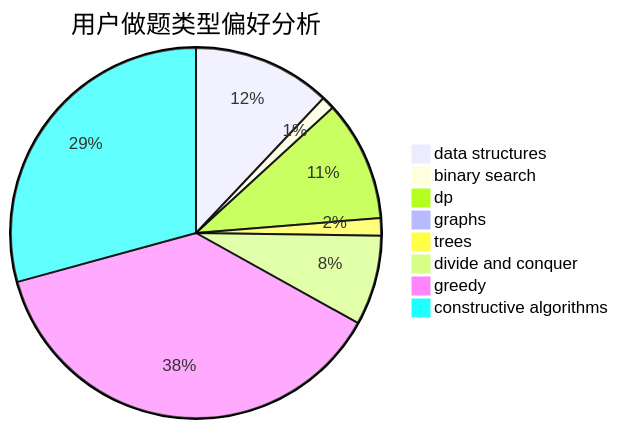
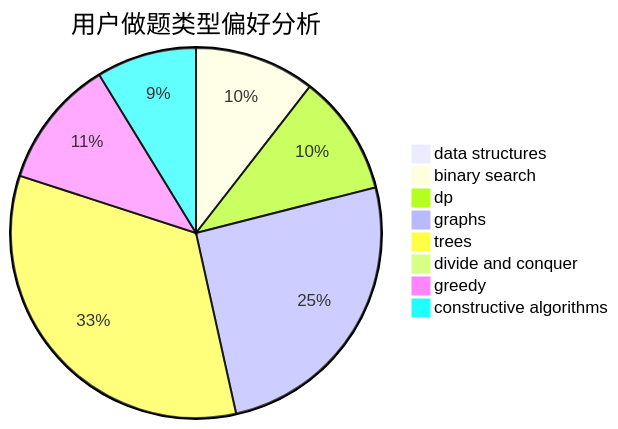
Before and after one commit to sherpahu/cfrs.github.io: the second of 3 diagrams in docs/user/u2524.md, drawn with Mermaid. The commit also changed other lines of this file and 2770 other files, not shown here.

````diff
--- a/docs/user/u2524.md
+++ b/docs/user/u2524.md
@@ -23,11 +23,11 @@
 ```mermaid
 pie title 用户做题类型偏好分析
-    "data structures" :  63
-    "binary search" :  6
-    "dp" :  55
-    "graphs" :  0
-    "trees" :  8
-    "divide and conquer" :  41
-    "greedy" :  197
-    "constructive algorithms" :  153
+    "data structures" :  2
+    "binary search" :  71
+    "dp" :  71
+    "graphs" :  172
+    "trees" :  226
+    "divide and conquer" :  0
+    "greedy" :  76
+    "constructive algorithms" :  59
 ```
````
